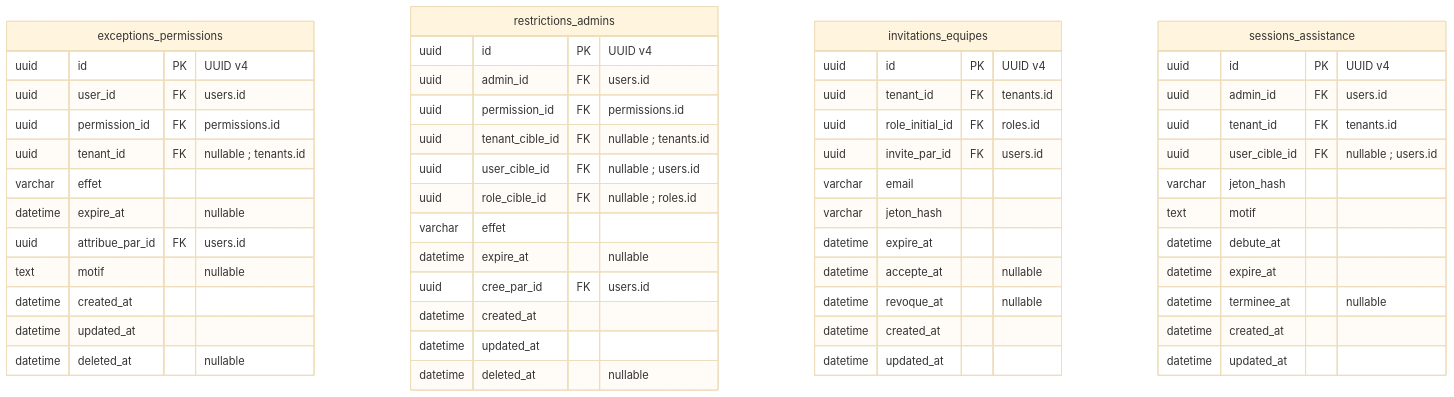
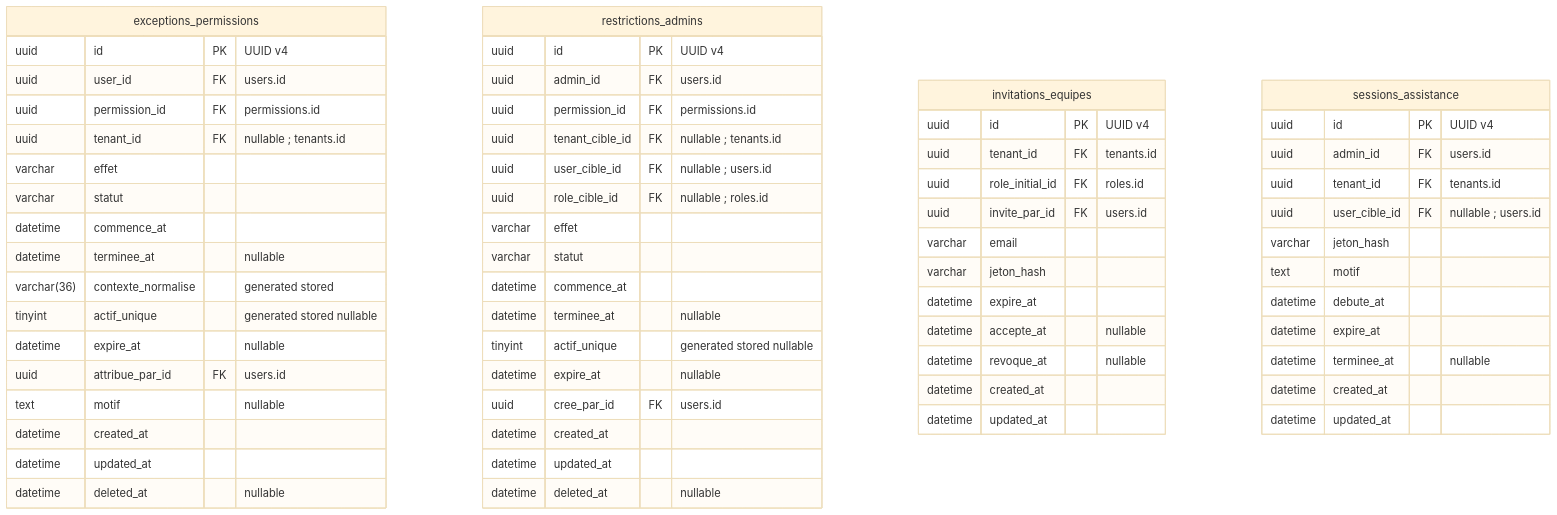
The third of 36 diagrams in Schema-BDD-SaaS-Ecommerce-UUID.md (unitealfa/saas-ecom), drawn with Mermaid (base theme) before and after one commit. The commit also changed other lines of this file, not shown here.

````diff
--- a/Schema-BDD-SaaS-Ecommerce-UUID.md
+++ b/Schema-BDD-SaaS-Ecommerce-UUID.md
@@ -260,57 +273,66 @@
 ```mermaid
 erDiagram
     direction TB
     exceptions_permissions {
         uuid id PK "UUID v4"
         uuid user_id FK "users.id"
         uuid permission_id FK "permissions.id"
         uuid tenant_id FK "nullable ; tenants.id"
         varchar effet
+        varchar statut
+        datetime commence_at
+        datetime terminee_at "nullable"
+        varchar(36) contexte_normalise "generated stored"
+        tinyint actif_unique "generated stored nullable"
         datetime expire_at "nullable"
         uuid attribue_par_id FK "users.id"
         text motif "nullable"
         datetime created_at
         datetime updated_at
         datetime deleted_at "nullable"
     }
     restrictions_admins {
         uuid id PK "UUID v4"
         uuid admin_id FK "users.id"
         uuid permission_id FK "permissions.id"
         uuid tenant_cible_id FK "nullable ; tenants.id"
         uuid user_cible_id FK "nullable ; users.id"
         uuid role_cible_id FK "nullable ; roles.id"
         varchar effet
+        varchar statut
+        datetime commence_at
+        datetime terminee_at "nullable"
+        tinyint actif_unique "generated stored nullable"
         datetime expire_at "nullable"
         uuid cree_par_id FK "users.id"
         datetime created_at
         datetime updated_at
         datetime deleted_at "nullable"
     }
     invitations_equipes {
         uuid id PK "UUID v4"
         uuid tenant_id FK "tenants.id"
         uuid role_initial_id FK "roles.id"
         uuid invite_par_id FK "users.id"
         varchar email
         varchar jeton_hash
         datetime expire_at
         datetime accepte_at "nullable"
         datetime revoque_at "nullable"
         datetime created_at
         datetime updated_at
     }
     sessions_assistance {
         uuid id PK "UUID v4"
         uuid admin_id FK "users.id"
         uuid tenant_id FK "tenants.id"
         uuid user_cible_id FK "nullable ; users.id"
         varchar jeton_hash
         text motif
         datetime debute_at
         datetime expire_at
         datetime terminee_at "nullable"
         datetime created_at
         datetime updated_at
     }
 ```
````
